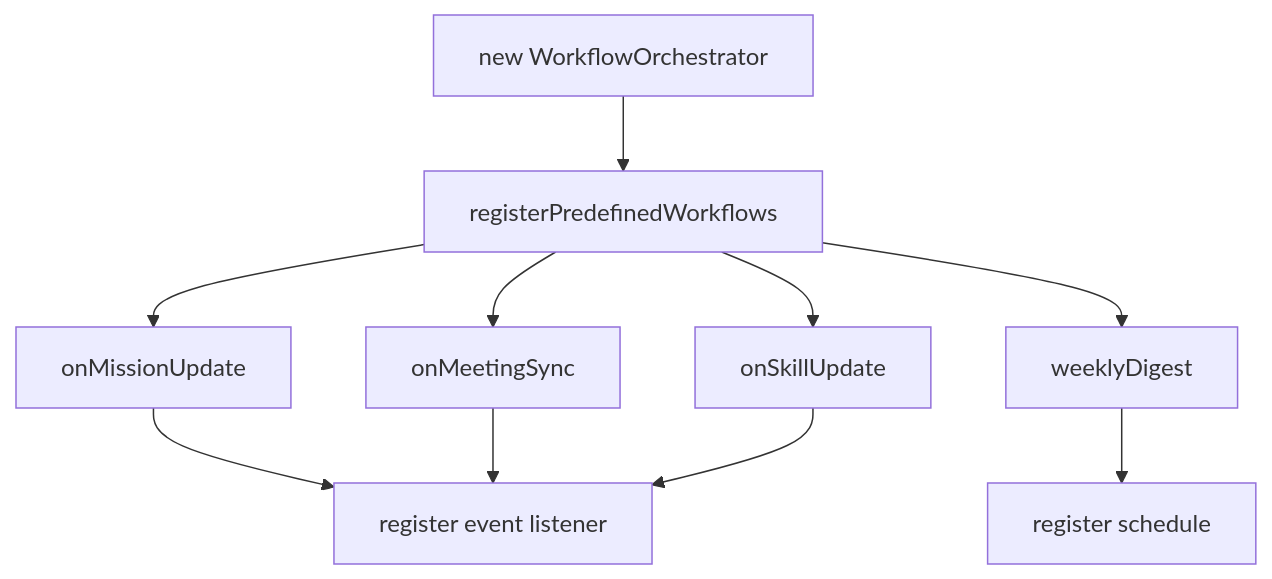
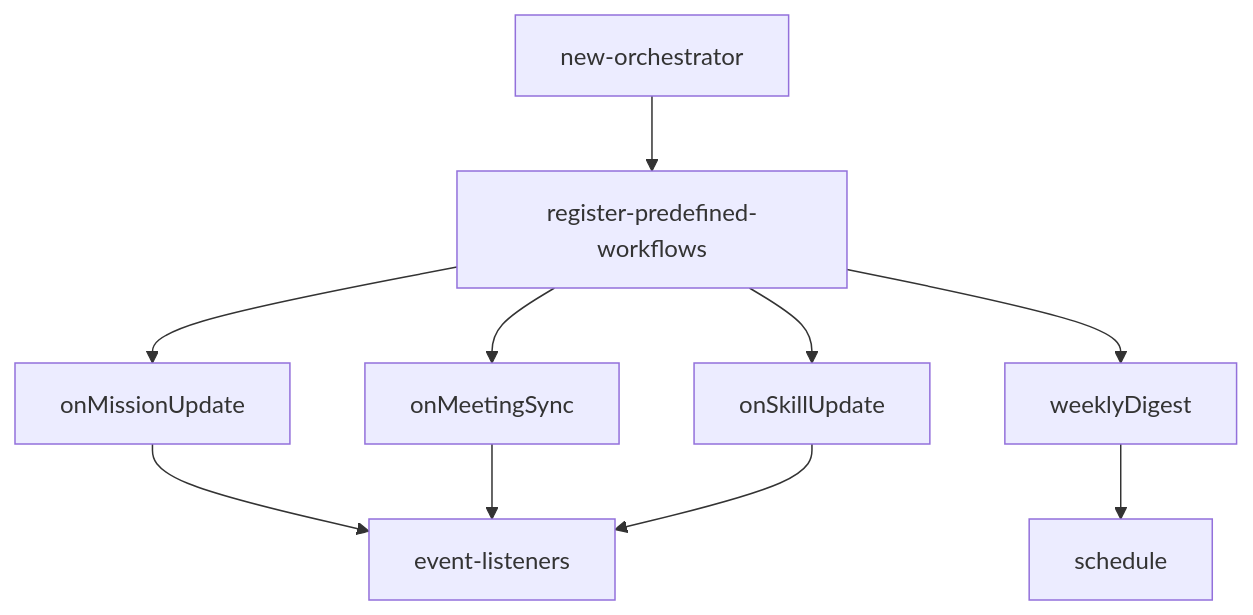
The fifth of 8 diagrams in 프로그램 흐름도.md (pandol69kim-bot/gitautopipe), drawn with Mermaid before and after one commit. The commit also changed other lines of this file and 1 other file, not shown here.

Commit message:
feat: Update project diagrams to improve Mermaid compatibility and clarity

````diff
--- a/프로그램 흐름도.md
+++ b/프로그램 흐름도.md
@@ -113,14 +141,20 @@
 ```mermaid
-flowchart TB
-  New["new WorkflowOrchestrator"] --> Register["registerPredefinedWorkflows"]
-
-  Register --> W1["onMissionUpdate"]
-  Register --> W2["onMeetingSync"]
-  Register --> W3["onSkillUpdate"]
-  Register --> W4["weeklyDigest"]
-
-  W1 --> EventMap["register event listener"]
-  W2 --> EventMap
-  W3 --> EventMap
-  W4 --> Schedule["register schedule"]
+graph TD
+New[new-orchestrator]
+Register[register-predefined-workflows]
+W1[onMissionUpdate]
+W2[onMeetingSync]
+W3[onSkillUpdate]
+W4[weeklyDigest]
+EventMap[event-listeners]
+Schedule[schedule]
+New --> Register
+Register --> W1
+Register --> W2
+Register --> W3
+Register --> W4
+W1 --> EventMap
+W2 --> EventMap
+W3 --> EventMap
+W4 --> Schedule
 ```
````
